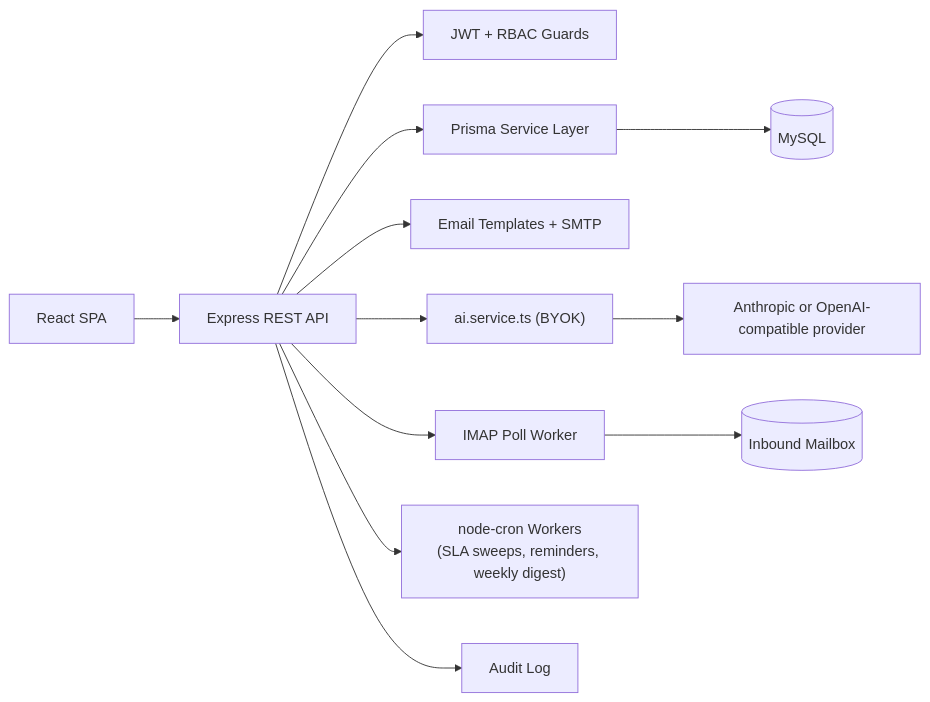
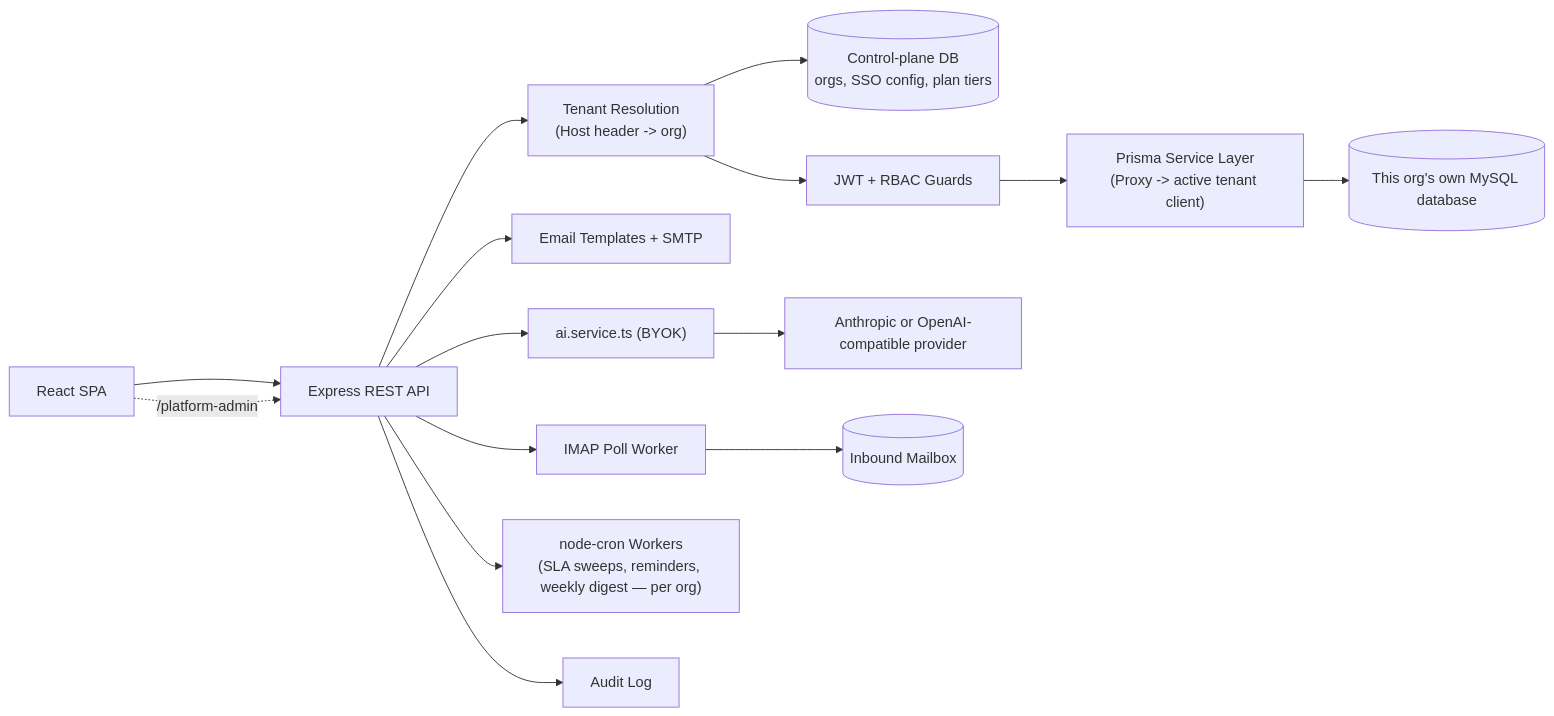
One commit to adityapuppala1/TimeSheet changed the first of 3 diagrams in README.md. Above: the diagram before and after it, drawn with Mermaid. The commit also changed other lines of this file and 128 other files, not shown here.

First line of the commit message:
Add multi-tenant SaaS platform: control plane, SSO (Google/Microsoft/SAML/LDAP), platform-admin console, plan-tier enforcement, chat-platform ticket ingestion, and production DevOps

````diff
--- a/README.md
+++ b/README.md
@@ -223,12 +314,15 @@
 ```mermaid
 flowchart LR
   Browser["React SPA"] --> API["Express REST API"]
-  API --> Auth["JWT + RBAC Guards"]
-  API --> Prisma["Prisma Service Layer"]
-  Prisma --> MySQL[("MySQL")]
+  Browser -.->|"/platform-admin"| API
+  API --> Tenant["Tenant Resolution\n(Host header -> org)"]
+  Tenant --> Control[("Control-plane DB\norgs, SSO config, plan tiers")]
+  Tenant --> Auth["JWT + RBAC Guards"]
+  Auth --> Prisma["Prisma Service Layer\n(Proxy -> active tenant client)"]
+  Prisma --> MySQL[("This org's own MySQL database")]
   API --> Mail["Email Templates + SMTP"]
   API --> AI["ai.service.ts (BYOK)"] --> LLM["Anthropic or OpenAI-compatible provider"]
   API --> IMAP["IMAP Poll Worker"] --> Mailbox[("Inbound Mailbox")]
-  API --> Workers["node-cron Workers\n(SLA sweeps, reminders, weekly digest)"]
+  API --> Workers["node-cron Workers\n(SLA sweeps, reminders, weekly digest — per org)"]
   API --> Audit["Audit Log"]
 ```
````
